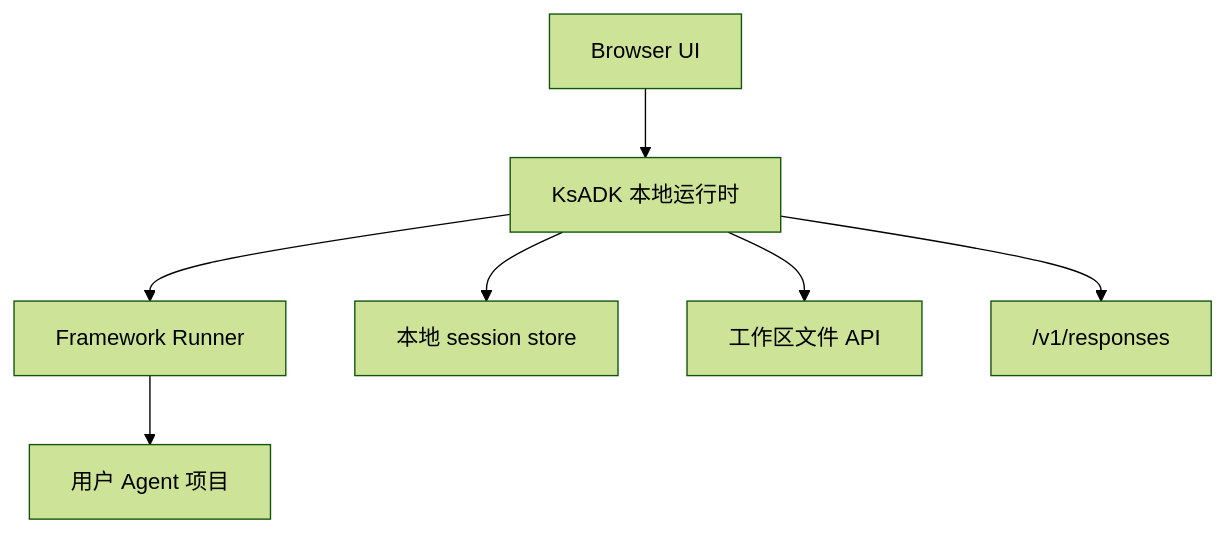
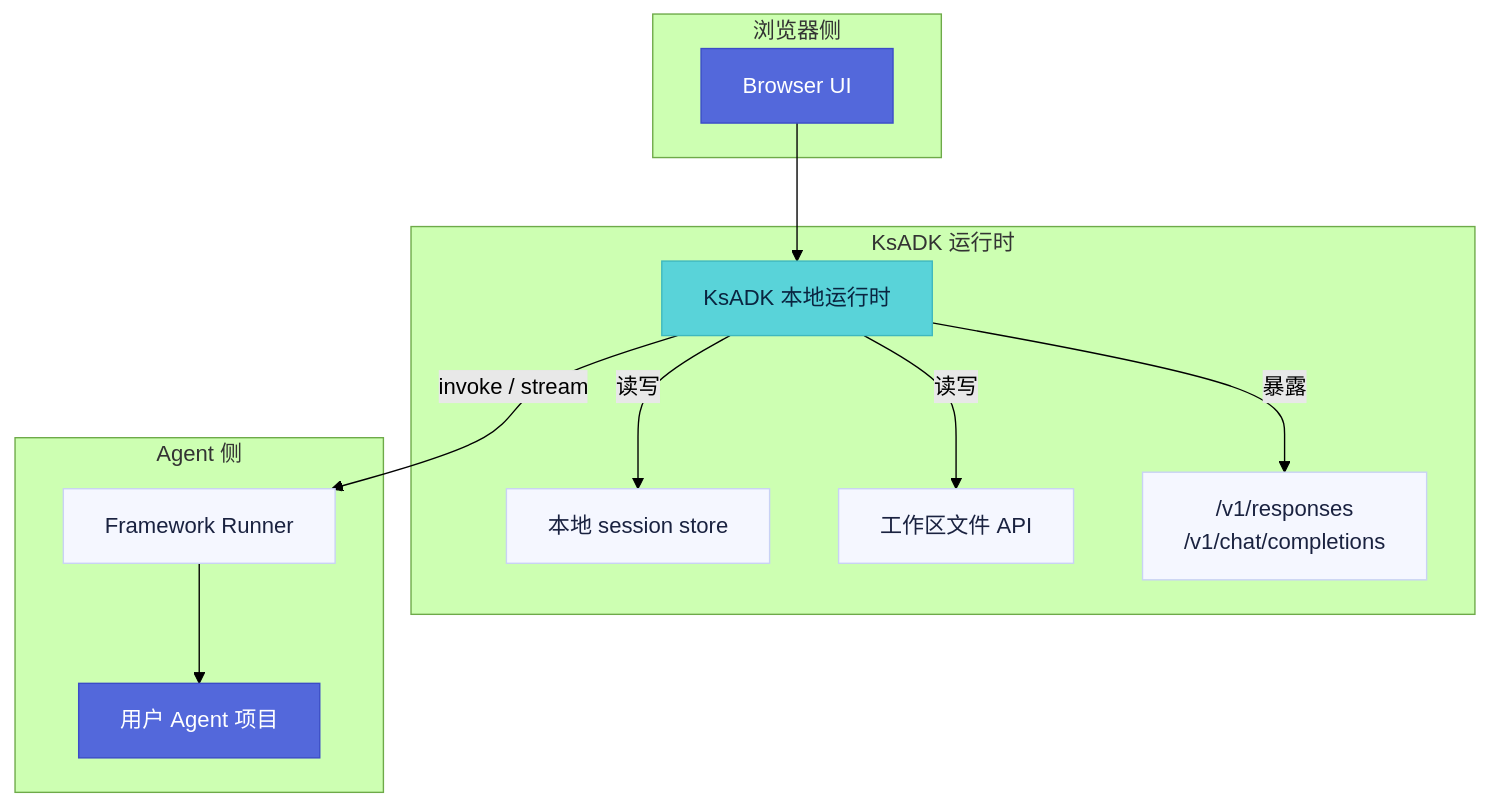
One commit to kingsoftcloud/ksadk-python changed the diagram in docs-site/content/docs/framework/guides/local-web-ui.mdx. Above: the diagram before and after it, drawn with Mermaid (forest theme). The commit also changed 33 other files, not shown here.

````diff
--- a/docs-site/content/docs/framework/guides/local-web-ui.mdx
+++ b/docs-site/content/docs/framework/guides/local-web-ui.mdx
@@ -53,9 +53,30 @@
 ```mermaid
 flowchart TD
   Browser["Browser UI"] --> Runtime["KsADK 本地运行时"]
-  Runtime --> Runner["Framework Runner"]
+  Runtime -->|invoke / stream| Runner["Framework Runner"]
+  Runtime -->|读写| Sessions["本地 session store"]
+  Runtime -->|读写| Files["工作区文件 API"]
+  Runtime -->|暴露| Responses["/v1/responses<br/>/v1/chat/completions"]
   Runner --> Agent["用户 Agent 项目"]
-  Runtime --> Sessions["本地 session store"]
-  Runtime --> Files["工作区文件 API"]
-  Runtime --> Responses["/v1/responses"]
+
+  subgraph client["浏览器侧"]
+    Browser
+  end
+  subgraph runtime["KsADK 运行时"]
+    Runtime
+    Sessions
+    Files
+    Responses
+  end
+  subgraph agent["Agent 侧"]
+    Runner
+    Agent
+  end
+
+  classDef brand fill:#5368db,stroke:#3b4cc7,color:#fff
+  classDef accent fill:#59d3d9,stroke:#3fb8be,color:#0a2540
+  classDef neutral fill:#f5f7ff,stroke:#c9d2f5,color:#1a2240
+  class Browser,Agent brand
+  class Runtime accent
+  class Sessions,Files,Responses,Runner neutral
 ```
````
